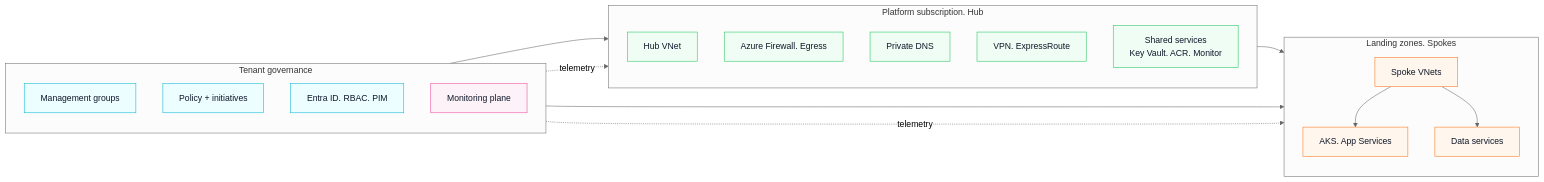
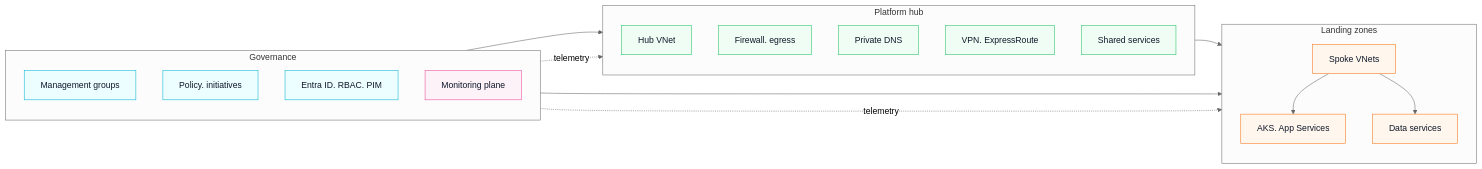
The diagram in README.md (gowrishacv/azure-enterprise-landing-zone), drawn with Mermaid (neutral theme) before and after one commit. The commit also changed other lines of this file, not shown here.

Commit message:
docs: restore README and add compact governance-first diagram

````diff
--- a/README.md
+++ b/README.md
@@ -110,41 +22,41 @@
 ```mermaid
 flowchart LR
-  %% Compact, governance-first view
+  %% 3-column, governance-first landing zone view
 
   classDef gov fill:#ecfeff,stroke:#06b6d4,stroke-width:1px,color:#0f172a;
-  classDef platform fill:#f0fdf4,stroke:#22c55e,stroke-width:1px,color:#0f172a;
+  classDef hub fill:#f0fdf4,stroke:#22c55e,stroke-width:1px,color:#0f172a;
   classDef lz fill:#fff7ed,stroke:#f97316,stroke-width:1px,color:#0f172a;
   classDef obs fill:#fdf2f8,stroke:#ec4899,stroke-width:1px,color:#0f172a;
 
-  subgraph GOV["Tenant governance"]
+  subgraph GOV["Governance"]
     direction TB
     MG["Management groups"]:::gov
-    POL["Policy + initiatives"]:::gov
+    POL["Policy. initiatives"]:::gov
     IAM["Entra ID. RBAC. PIM"]:::gov
     MON["Monitoring plane"]:::obs
   end
 
-  subgraph HUB["Platform subscription. Hub"]
+  subgraph HUB["Platform hub"]
     direction TB
-    HVNET["Hub VNet"]:::platform
-    AFW["Azure Firewall. Egress"]:::platform
-    PDNS["Private DNS"]:::platform
-    CONN["VPN. ExpressRoute"]:::platform
-    SHARED["Shared services\nKey Vault. ACR. Monitor"]:::platform
+    HVNET["Hub VNet"]:::hub
+    AFW["Firewall. egress"]:::hub
+    PDNS["Private DNS"]:::hub
+    CONN["VPN. ExpressRoute"]:::hub
+    SHARED["Shared services"]:::hub
   end
 
-  subgraph LZ["Landing zones. Spokes"]
+  subgraph LZ["Landing zones"]
     direction TB
     SVNET["Spoke VNets"]:::lz
     APPS["AKS. App Services"]:::lz
     DATA["Data services"]:::lz
   end
 
   GOV --> HUB
   GOV --> LZ
   HUB --> SVNET
   SVNET --> APPS
   SVNET --> DATA
   MON -. telemetry .-> HUB
   MON -. telemetry .-> LZ
 ```
````
